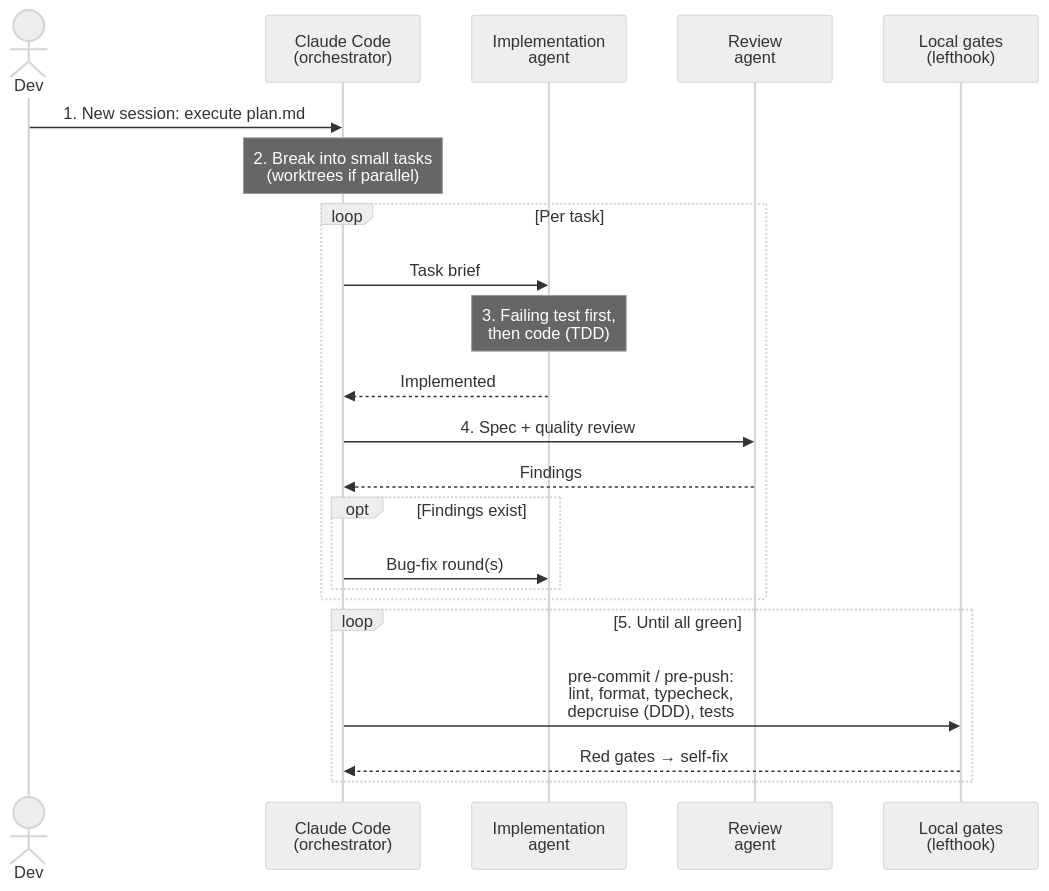
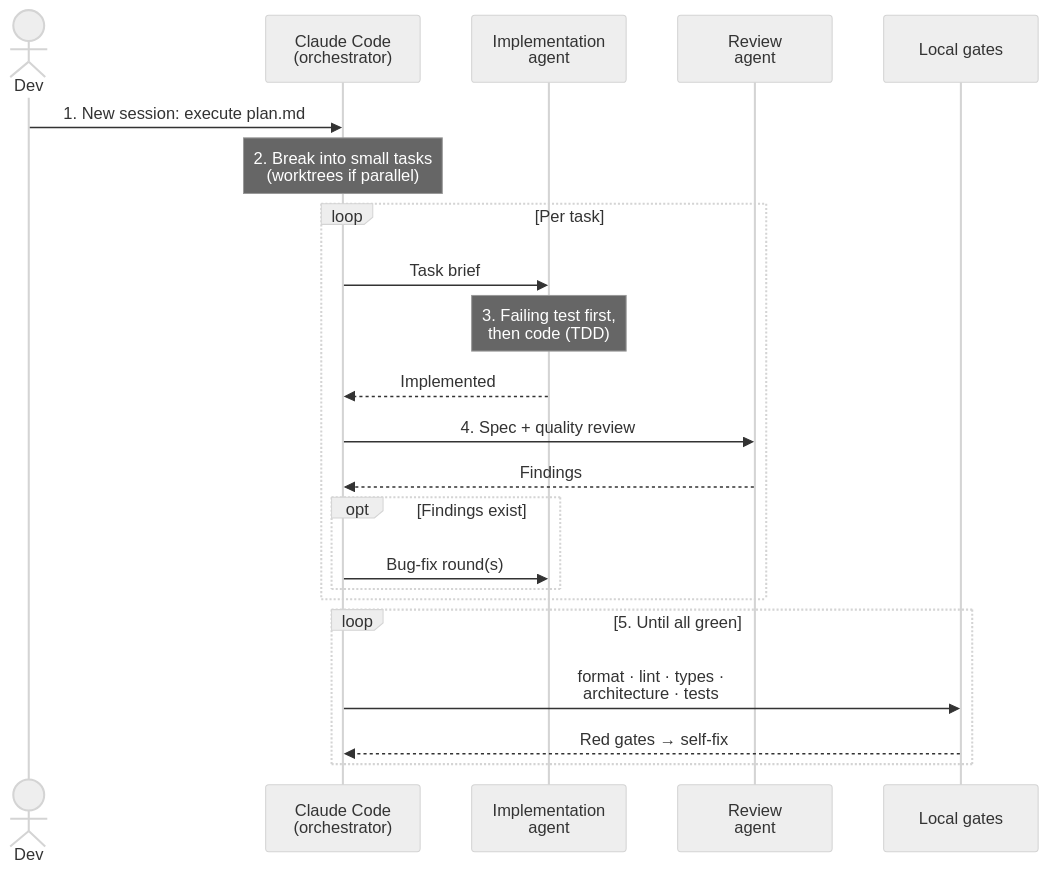
Before and after one commit to Seta-International/ai-sdlc-metrics: the fourth of 6 diagrams in docs/aidc-workflow-future.md, drawn with Mermaid (neutral theme). The commit also changed other lines of this file, not shown here.

````diff
--- a/docs/aidc-workflow-future.md
+++ b/docs/aidc-workflow-future.md
@@ -149,25 +149,25 @@
 ```mermaid
 sequenceDiagram
     actor Dev
     participant Orch as Claude Code<br/>(orchestrator)
     participant Impl as Implementation<br/>agent
     participant Rev as Review<br/>agent
-    participant Gate as Local gates<br/>(lefthook)
+    participant Gate as Local gates
 
     Dev->>Orch: 1. New session: execute plan.md
     Note over Orch: 2. Break into small tasks<br/>(worktrees if parallel)
     loop Per task
         Orch->>Impl: Task brief
         Note over Impl: 3. Failing test first,<br/>then code (TDD)
         Impl-->>Orch: Implemented
         Orch->>Rev: 4. Spec + quality review
         Rev-->>Orch: Findings
         opt Findings exist
             Orch->>Impl: Bug-fix round(s)
         end
     end
     loop 5. Until all green
-        Orch->>Gate: pre-commit / pre-push:<br/>lint, format, typecheck,<br/>depcruise (DDD), tests
+        Orch->>Gate: format · lint · types ·<br/>architecture · tests
         Gate-->>Orch: Red gates → self-fix
     end
 ```
````
